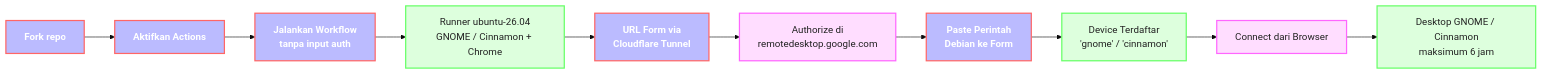
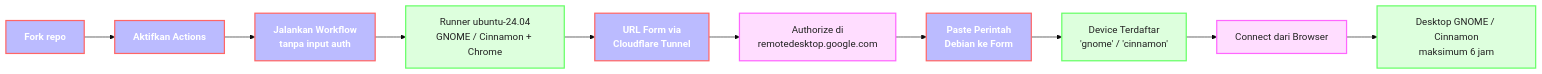
The diagram in README.md (ArchDityaa/gnome-crd), drawn with Mermaid (base theme) before and after one commit. The commit also changed other lines of this file and 6 other files, not shown here.

````diff
--- a/README.md
+++ b/README.md
@@ -47,17 +47,17 @@
 ```mermaid
 flowchart LR
     classDef action fill:#bbf,stroke:#f66,stroke-width:2px,color:#fff,font-weight:bold;
     classDef desktop fill:#dfd,stroke:#6f6,stroke-width:2px,color:#222;
     classDef access fill:#fdf,stroke:#f6f,stroke-width:2px,color:#222;
 
     A[Fork repo]:::action
     A --> B[Aktifkan Actions]:::action
     B --> C[Jalankan Workflow<br/>tanpa input auth]:::action
-    C --> D[Runner ubuntu-26.04<br/>GNOME / Cinnamon + Chrome]:::desktop
+    C --> D[Runner ubuntu-24.04<br/>GNOME / Cinnamon + Chrome]:::desktop
     D --> E[URL Form via<br/>Cloudflare Tunnel]:::action
     E --> F[Authorize di<br/>remotedesktop.google.com]:::access
     F --> G[Paste Perintah<br/>Debian ke Form]:::action
     G --> H[Device Terdaftar<br/>'gnome' / 'cinnamon']:::desktop
     H --> I[Connect dari Browser]:::access
     I --> J[Desktop GNOME / Cinnamon<br/>maksimum 6 jam]:::desktop
 ```
````
